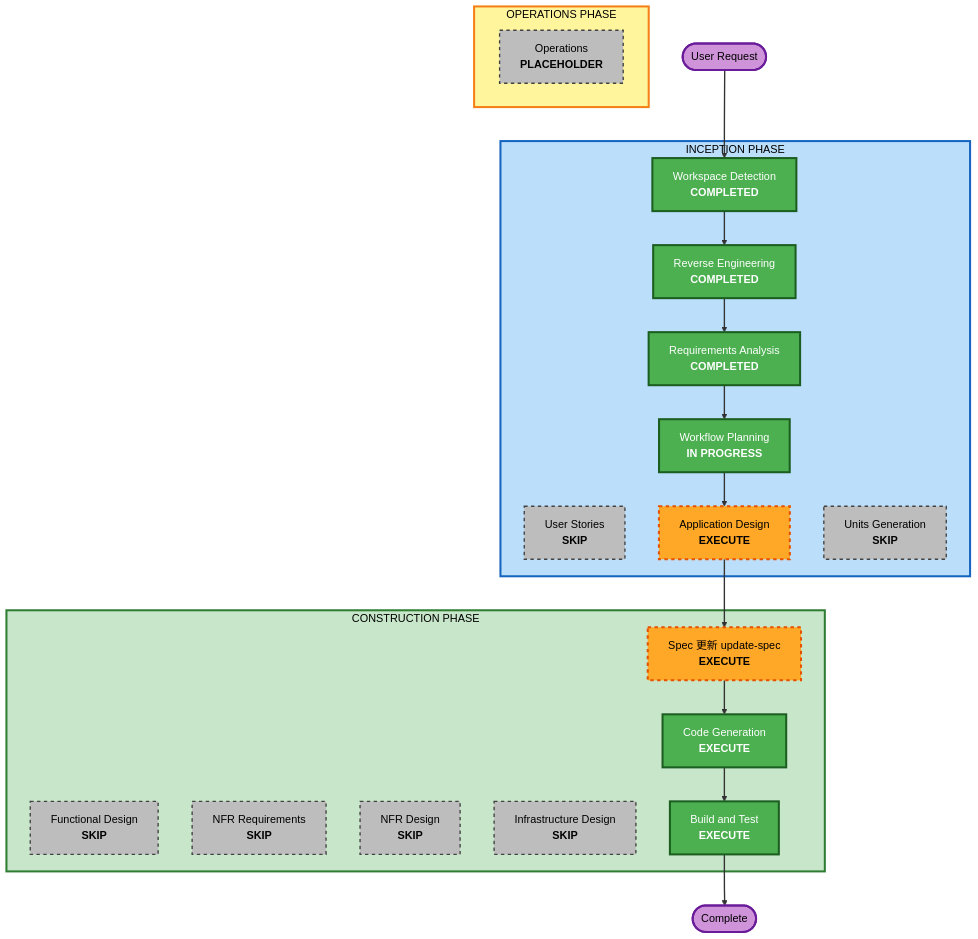
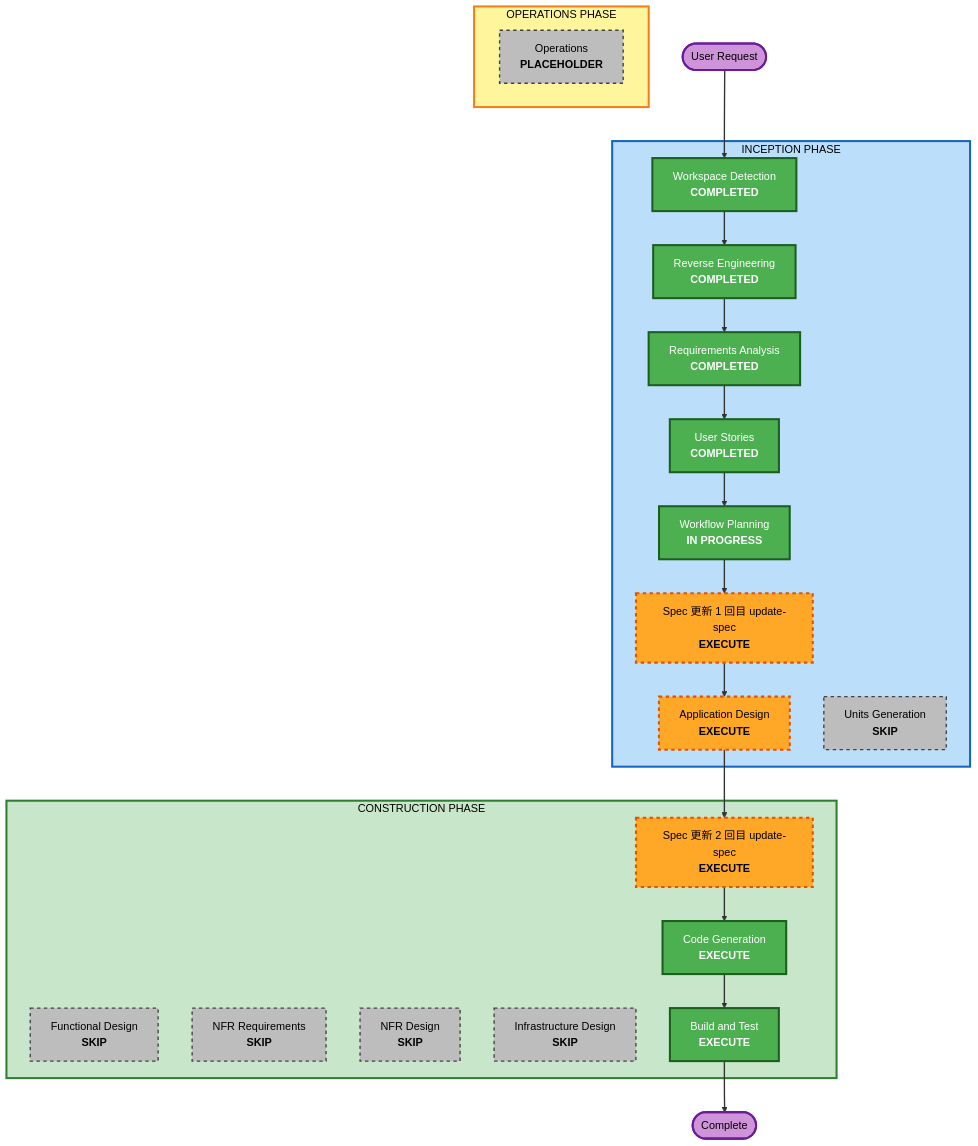
The diagram in Docs/spec/aidlc-docs/inception/plans/execution-plan.md (CHS-Training-Org/ai_training_for_chuo_system), drawn with Mermaid before and after one commit. The commit also changed other lines of this file and 28 other files, not shown here.

````diff
--- a/Docs/spec/aidlc-docs/inception/plans/execution-plan.md
+++ b/Docs/spec/aidlc-docs/inception/plans/execution-plan.md
@@ -39,61 +47,65 @@
 ```mermaid
 flowchart TD
     Start(["User Request"])
 
     subgraph INCEPTION["INCEPTION PHASE"]
         WD["Workspace Detection<br/><b>COMPLETED</b>"]
         RE["Reverse Engineering<br/><b>COMPLETED</b>"]
         RA["Requirements Analysis<br/><b>COMPLETED</b>"]
-        US["User Stories<br/><b>SKIP</b>"]
+        US["User Stories<br/><b>COMPLETED</b>"]
         WP["Workflow Planning<br/><b>IN PROGRESS</b>"]
+        SP1["Spec 更新 1 回目 update-spec<br/><b>EXECUTE</b>"]
         AD["Application Design<br/><b>EXECUTE</b>"]
         UG["Units Generation<br/><b>SKIP</b>"]
     end
 
     subgraph CONSTRUCTION["CONSTRUCTION PHASE"]
         FD["Functional Design<br/><b>SKIP</b>"]
         NFRA["NFR Requirements<br/><b>SKIP</b>"]
         NFRD["NFR Design<br/><b>SKIP</b>"]
         ID["Infrastructure Design<br/><b>SKIP</b>"]
-        SP["Spec 更新 update-spec<br/><b>EXECUTE</b>"]
+        SP2["Spec 更新 2 回目 update-spec<br/><b>EXECUTE</b>"]
         CG["Code Generation<br/><b>EXECUTE</b>"]
         BT["Build and Test<br/><b>EXECUTE</b>"]
     end
 
     subgraph OPERATIONS["OPERATIONS PHASE"]
         OPS["Operations<br/><b>PLACEHOLDER</b>"]
     end
 
     Start --> WD
     WD --> RE
     RE --> RA
-    RA --> WP
-    WP --> AD
-    AD --> SP
-    SP --> CG
+    RA --> US
+    US --> WP
+    WP --> SP1
+    SP1 --> AD
+    AD --> SP2
+    SP2 --> CG
     CG --> BT
     BT --> End(["Complete"])
 
     style WD fill:#4CAF50,stroke:#1B5E20,stroke-width:3px,color:#fff
     style RE fill:#4CAF50,stroke:#1B5E20,stroke-width:3px,color:#fff
     style RA fill:#4CAF50,stroke:#1B5E20,stroke-width:3px,color:#fff
+    style US fill:#4CAF50,stroke:#1B5E20,stroke-width:3px,color:#fff
     style WP fill:#4CAF50,stroke:#1B5E20,stroke-width:3px,color:#fff
     style CG fill:#4CAF50,stroke:#1B5E20,stroke-width:3px,color:#fff
     style BT fill:#4CAF50,stroke:#1B5E20,stroke-width:3px,color:#fff
+    style SP1 fill:#FFA726,stroke:#E65100,stroke-width:3px,stroke-dasharray: 5 5,color:#000
     style AD fill:#FFA726,stroke:#E65100,stroke-width:3px,stroke-dasharray: 5 5,color:#000
-    style SP fill:#FFA726,stroke:#E65100,stroke-width:3px,stroke-dasharray: 5 5,color:#000
-    style US fill:#BDBDBD,stroke:#424242,stroke-width:2px,stroke-dasharray: 5 5,color:#000
+    style SP2 fill:#FFA726,stroke:#E65100,stroke-width:3px,stroke-dasharray: 5 5,color:#000
     style UG fill:#BDBDBD,stroke:#424242,stroke-width:2px,stroke-dasharray: 5 5,color:#000
     style FD fill:#BDBDBD,stroke:#424242,stroke-width:2px,stroke-dasharray: 5 5,color:#000
     style NFRA fill:#BDBDBD,stroke:#424242,stroke-width:2px,stroke-dasharray: 5 5,color:#000
     style NFRD fill:#BDBDBD,stroke:#424242,stroke-width:2px,stroke-dasharray: 5 5,color:#000
     style ID fill:#BDBDBD,stroke:#424242,stroke-width:2px,stroke-dasharray: 5 5,color:#000
     style OPS fill:#BDBDBD,stroke:#424242,stroke-width:2px,stroke-dasharray: 5 5,color:#000
     style Start fill:#CE93D8,stroke:#6A1B9A,stroke-width:3px,color:#000
     style End fill:#CE93D8,stroke:#6A1B9A,stroke-width:3px,color:#000
     style INCEPTION fill:#BBDEFB,stroke:#1565C0,stroke-width:3px,color:#000
     style CONSTRUCTION fill:#C8E6C9,stroke:#2E7D32,stroke-width:3px,color:#000
     style OPERATIONS fill:#FFF59D,stroke:#F57F17,stroke-width:3px,color:#000
 
     linkStyle default stroke:#333,stroke-width:2px
 ```
````
